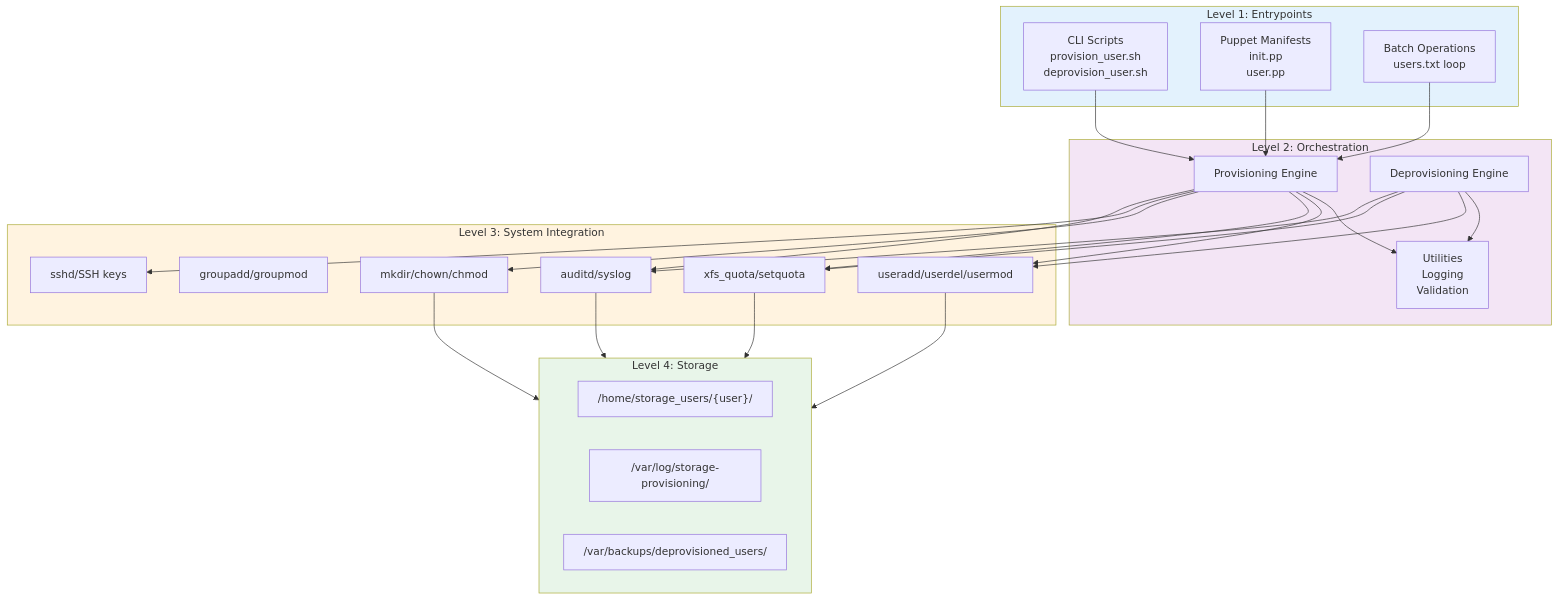
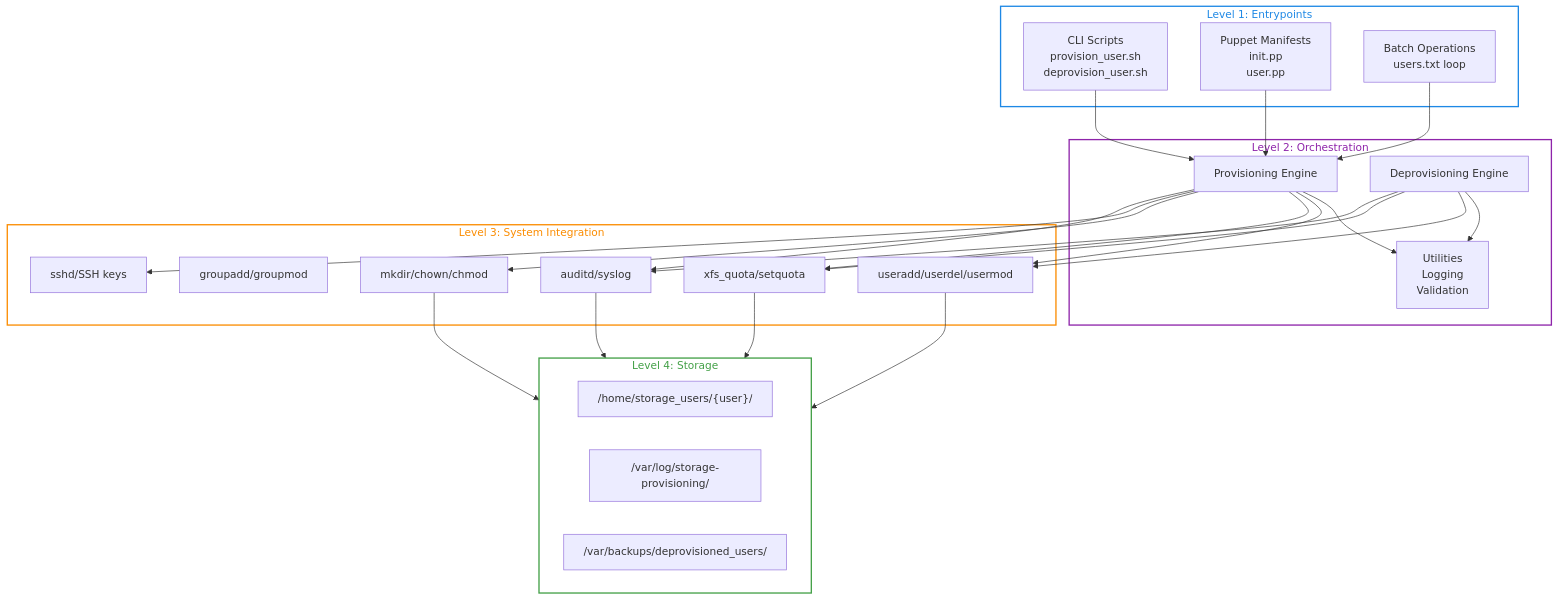
The second of 7 diagrams in docs/architecture.md (aaronwittchen/Automated-Storage-Provisioning-Tool), drawn with Mermaid before and after one commit. The commit also changed other lines of this file, not shown here.

Commit message:
architecture.md fix

````diff
--- a/docs/architecture.md
+++ b/docs/architecture.md
@@ -68,56 +62,56 @@
 ```mermaid
 graph TB
     subgraph L1["Level 1: Entrypoints"]
         CLI["CLI Scripts<br/>provision_user.sh<br/>deprovision_user.sh"]
         Puppet_UI["Puppet Manifests<br/>init.pp<br/>user.pp"]
         Batch["Batch Operations<br/>users.txt loop"]
     end
     
     subgraph L2["Level 2: Orchestration"]
         Prov["Provisioning Engine"]
         Deprov["Deprovisioning Engine"]
         Utils["Utilities<br/>Logging<br/>Validation"]
     end
     
     subgraph L3["Level 3: System Integration"]
         User_Tools["useradd/userdel/usermod"]
         Group_Tools["groupadd/groupmod"]
         Quota_Tools["xfs_quota/setquota"]
         File_Tools["mkdir/chown/chmod"]
         SSH_Tools["sshd/SSH keys"]
         Audit_Tools["auditd/syslog"]
     end
     
     subgraph L4["Level 4: Storage"]
         User_Home["/home/storage_users/{user}/"]
         System_Logs["/var/log/storage-provisioning/"]
         Backups["/var/backups/deprovisioned_users/"]
     end
     
     CLI --> Prov
     Puppet_UI --> Prov
     Batch --> Prov
     
     Prov --> Utils
     Deprov --> Utils
     
     Prov --> User_Tools
     Prov --> Quota_Tools
     Prov --> File_Tools
     Prov --> SSH_Tools
     Prov --> Audit_Tools
     
     Deprov --> User_Tools
     Deprov --> Quota_Tools
     Deprov --> Audit_Tools
     
     User_Tools --> L4
     Quota_Tools --> L4
     File_Tools --> L4
     Audit_Tools --> L4
     
-    style L1 fill:#e3f2fd
-    style L2 fill:#f3e5f5
-    style L3 fill:#fff3e0
-    style L4 fill:#e8f5e9
+    style L1 stroke:#1e88e5,stroke-width:2px,fill:none,color:#1e88e5
+    style L2 stroke:#8e24aa,stroke-width:2px,fill:none,color:#8e24aa
+    style L3 stroke:#fb8c00,stroke-width:2px,fill:none,color:#fb8c00
+    style L4 stroke:#43a047,stroke-width:2px,fill:none,color:#43a047
 ```
````
